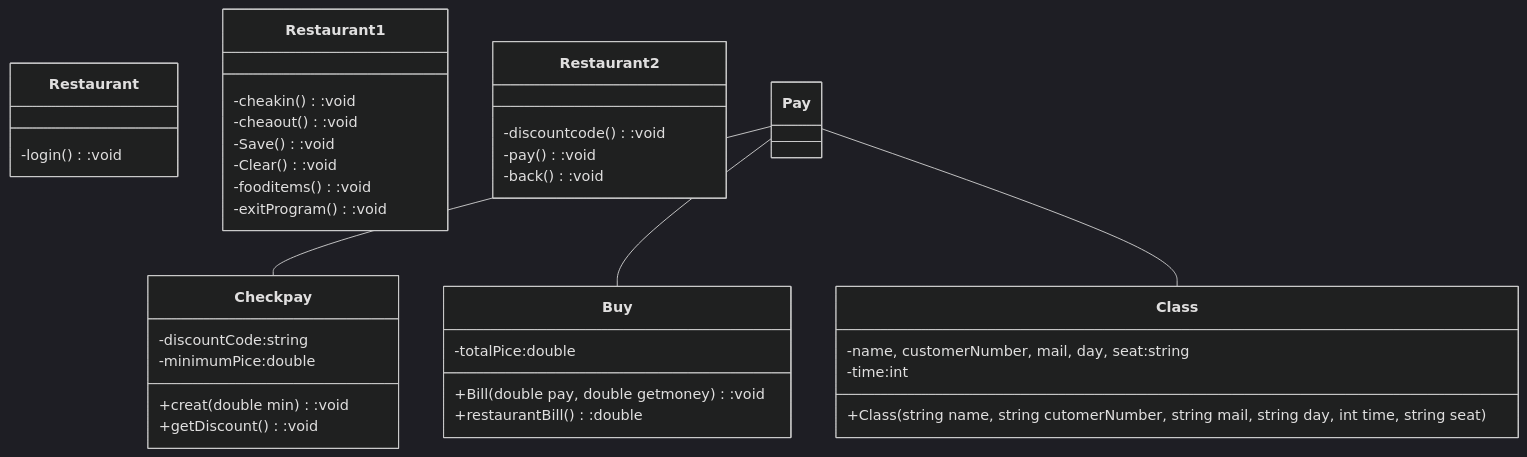
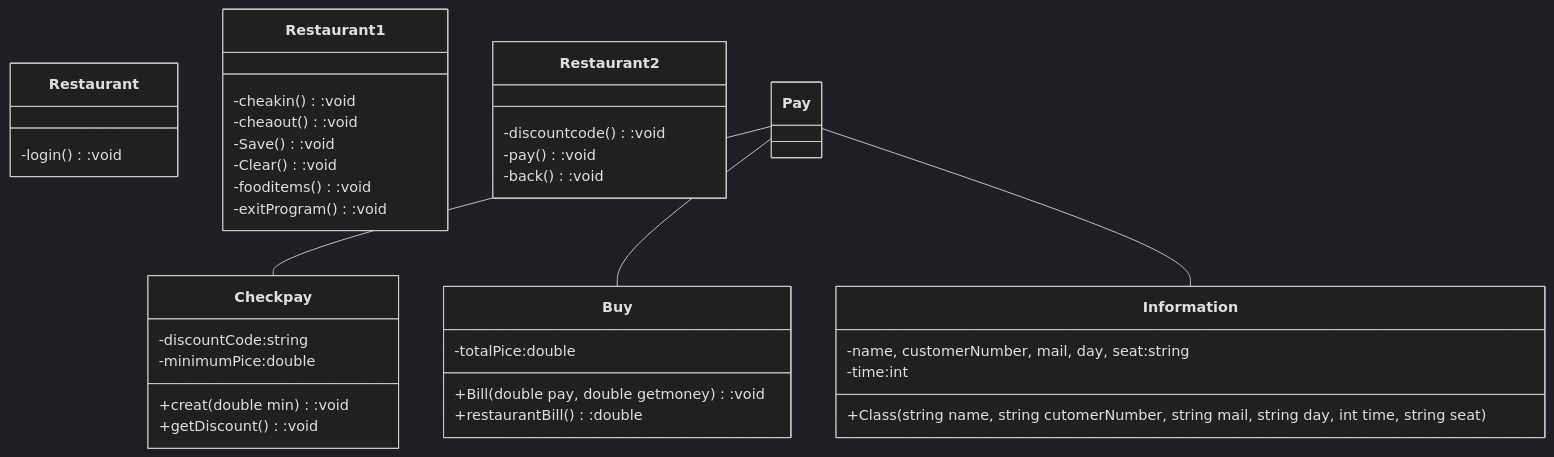
The diagram in README.md (Nuntawat22/Final-OOP-Project), drawn with Mermaid (dark theme) before and after one commit.

````diff
--- a/README.md
+++ b/README.md
@@ -13,40 +13,40 @@
  ```mermaid
 classDiagram
   direction RT
   class Restaurant{
   -login():void
 }
 class Restaurant1{
   -cheakin():void
   -cheaout():void
   -Save():void
   -Clear():void
   -fooditems():void
   -exitProgram():void
 }
   class Restaurant2{
   -discountcode():void
   -pay():void
   -back():void
   }
   class Checkpay{
   -discountCode:string
   -minimumPice:double
   +creat(double min):void
   +getDiscount():void
   }
   class Buy{
   -totalPice:double
   +Bill(double pay, double getmoney):void
   +restaurantBill():double
    }
-   class Class{
+   class Information{
    -name, customerNumber, mail, day, seat:string
    -time:int
    +Class(string name, string cutomerNumber, string mail, string day, int time, string seat)
    }
    Pay -- Checkpay
    Pay -- Buy
-   Pay -- Class
+   Pay -- Information
    
   ```
````
